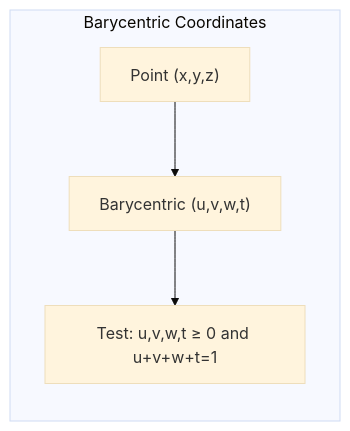
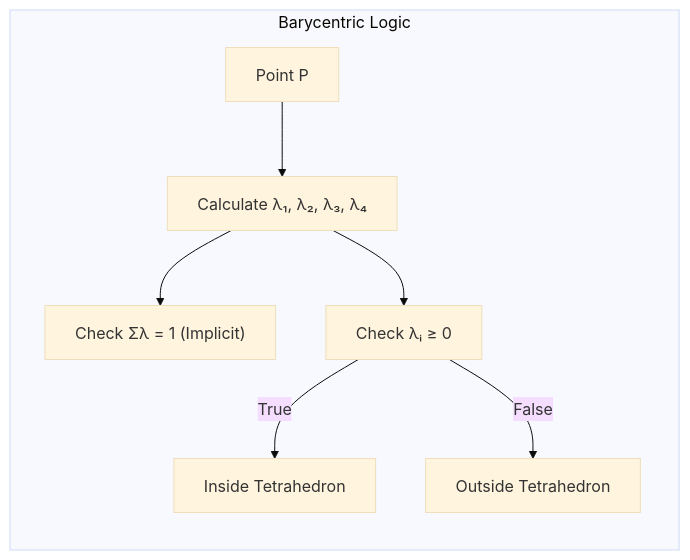
One commit to docxology/QuadCraft changed diagram 13 of 13 in docs/mathematics/tetrahedral_geometry.md. Above: the diagram before and after it, drawn with Mermaid (base theme). The commit also changed other lines of this file and 10 other files, not shown here.

````diff
--- a/docs/mathematics/tetrahedral_geometry.md
+++ b/docs/mathematics/tetrahedral_geometry.md
@@ -252,7 +268,10 @@
 ```mermaid
 graph LR
-    subgraph "Barycentric Coordinates"
-        P["Point (x,y,z)"] --> B["Barycentric (u,v,w,t)"]
-        B --> Test["Test: u,v,w,t ≥ 0 and u+v+w+t=1"]
+    subgraph "Barycentric Logic"
+        P["Point P"] --> Calc["Calculate λ₁, λ₂, λ₃, λ₄"]
+        Calc --> CheckSum["Check Σλ = 1 (Implicit)"]
+        Calc --> CheckPos["Check λᵢ ≥ 0"]
+        CheckPos -->|True| Inside["Inside Tetrahedron"]
+        CheckPos -->|False| Outside["Outside Tetrahedron"]
     end
 ```
````
